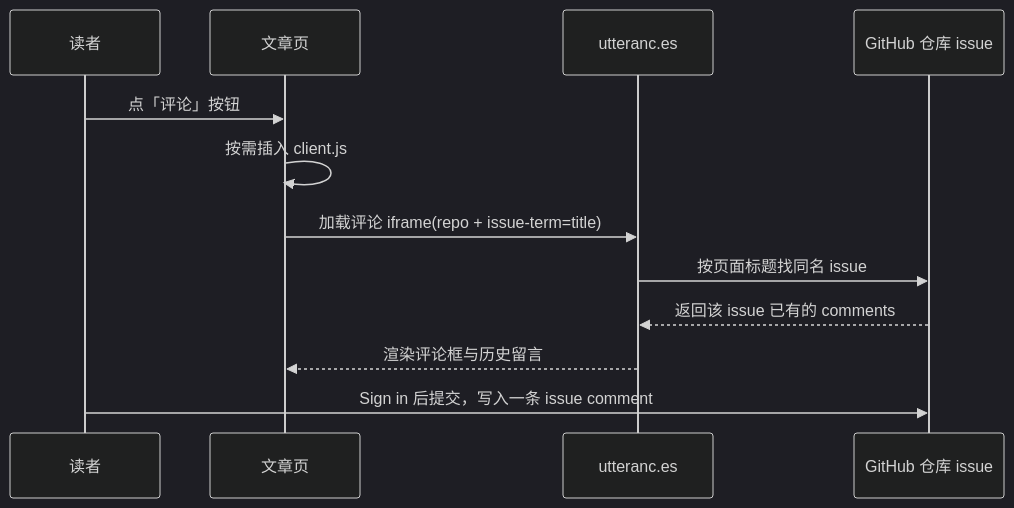
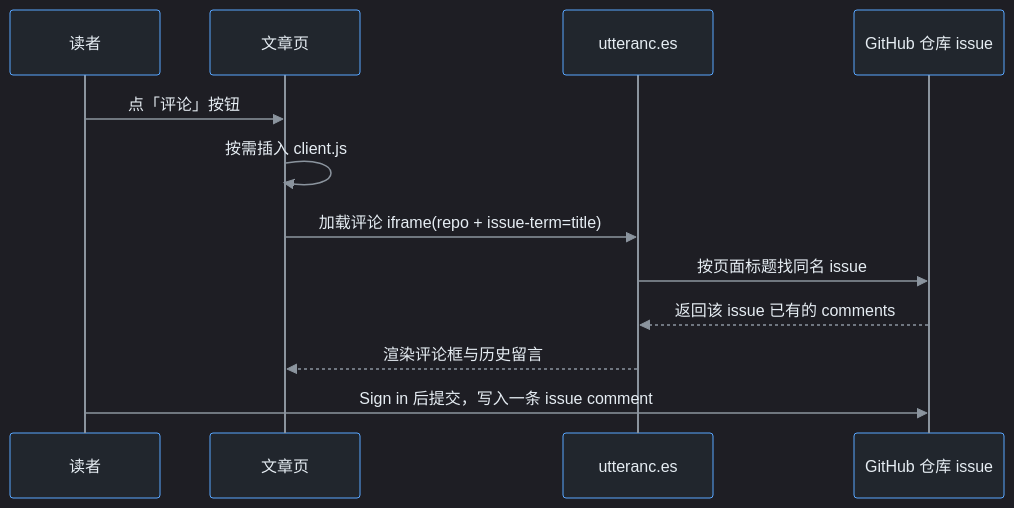
One commit to yeyangchen2009/yeyangchen2009.github.io changed the diagram in backup/B04｜门铃与名片：给博客装上评论区，再做一张 About 关于页.md. Above: the diagram before and after it, drawn with Mermaid. The commit also changed 3 other files, not shown here.

````diff
--- a/backup/B04｜门铃与名片：给博客装上评论区，再做一张 About 关于页.md
+++ b/backup/B04｜门铃与名片：给博客装上评论区，再做一张 About 关于页.md
@@ -59,15 +59,15 @@
 ```mermaid
-%%{init: {'theme':'dark','themeVariables':{'background':'#0d1117','primaryColor':'#1f6feb','primaryTextColor':'#ffffff','primaryBorderColor':'#79c0ff','secondaryColor':'#21262d','tertiaryColor':'#30363d','lineColor':'#8b949e','textColor':'#e6edf3','clusterBkg':'#161b22','clusterBorder':'#58a6ff','edgeLabelBackground':'#21262d','fontSize':'15px'}}}%%
+%%{init: {'theme':'dark','themeVariables':{'background':'#0d1117','primaryColor':'#1f6feb','primaryTextColor':'#ffffff','primaryBorderColor':'#79c0ff','secondaryColor':'#21262d','tertiaryColor':'#30363d','lineColor':'#8b949e','textColor':'#e6edf3','clusterBkg':'#161b22','clusterBorder':'#58a6ff','edgeLabelBackground':'#21262d','fontSize':'15px','actorBkg':'#21262d','actorTextColor':'#e6edf3','actorBorder':'#58a6ff','actorLineColor':'#8b949e','signalColor':'#8b949e','signalTextColor':'#e6edf3','labelBoxBkgColor':'#21262d','labelBoxBorderColor':'#58a6ff','labelTextColor':'#e6edf3','noteBkgColor':'#161b22','noteBorderColor':'#58a6ff','noteTextColor':'#e6edf3'}}}%%
 sequenceDiagram
     participant R as 读者
     participant P as 文章页
     participant U as utteranc.es
     participant I as GitHub 仓库 issue
     R->>P: 点「评论」按钮
     P->>P: 按需插入 client.js
     P->>U: 加载评论 iframe(repo + issue-term=title)
     U->>I: 按页面标题找同名 issue
     I-->>U: 返回该 issue 已有的 comments
     U-->>P: 渲染评论框与历史留言
     R->>I: Sign in 后提交，写入一条 issue comment
 ```
````
